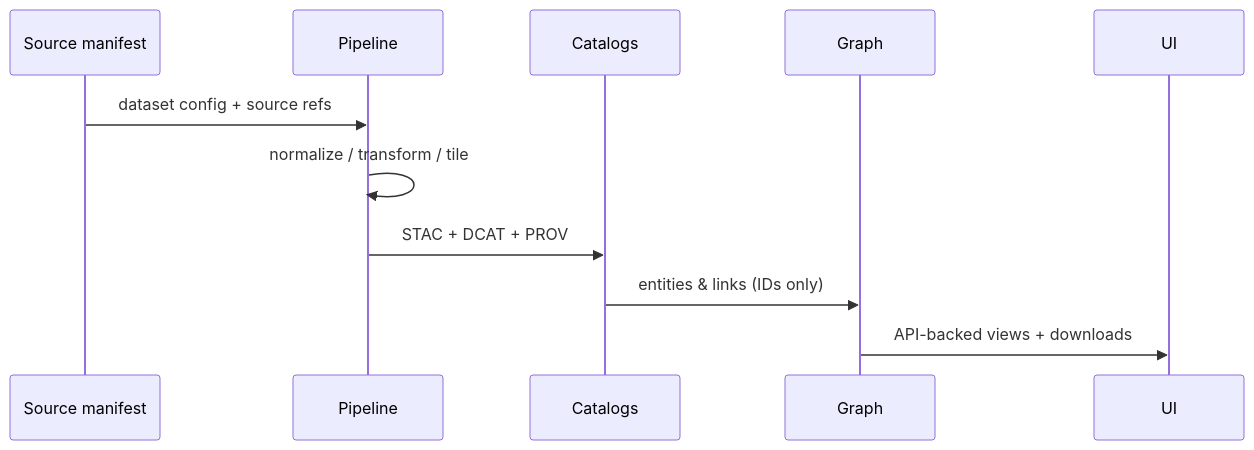
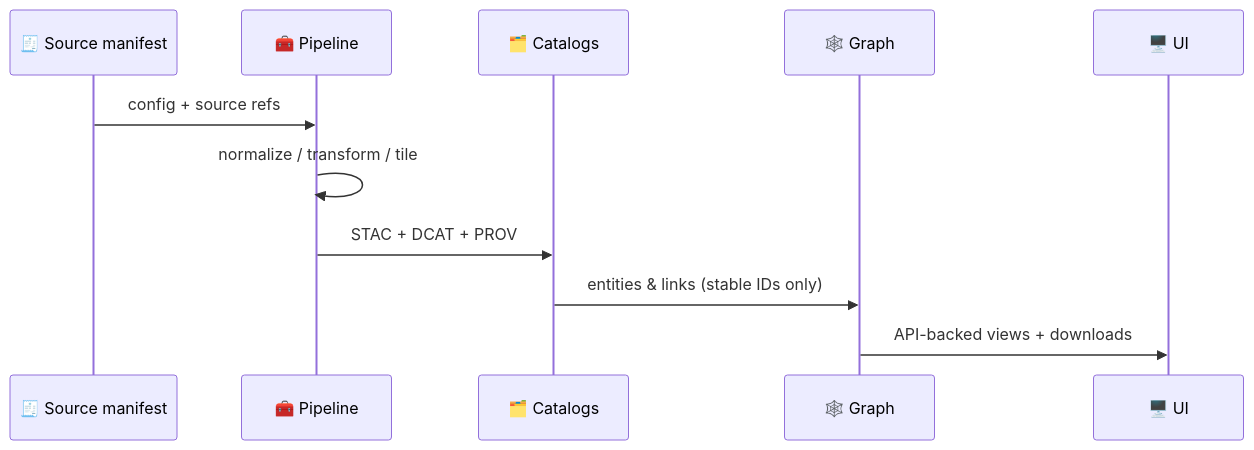
The third of 3 diagrams in README.md (bartytime4life/Kansas-Frontier-Matrix), drawn with Mermaid before and after one commit. The commit also changed other lines of this file, not shown here.

````diff
--- a/README.md
+++ b/README.md
@@ -315,13 +333,13 @@
 ```mermaid
 sequenceDiagram
-  participant S as Source manifest
-  participant P as Pipeline
-  participant C as Catalogs
-  participant G as Graph
-  participant U as UI
-  S->>P: dataset config + source refs
+  participant S as 🧾 Source manifest
+  participant P as 🧰 Pipeline
+  participant C as 🗂️ Catalogs
+  participant G as 🕸️ Graph
+  participant U as 🖥️ UI
+  S->>P: config + source refs
   P->>P: normalize / transform / tile
   P->>C: STAC + DCAT + PROV
-  C->>G: entities & links (IDs only)
+  C->>G: entities & links (stable IDs only)
   G->>U: API-backed views + downloads
 ```
````
